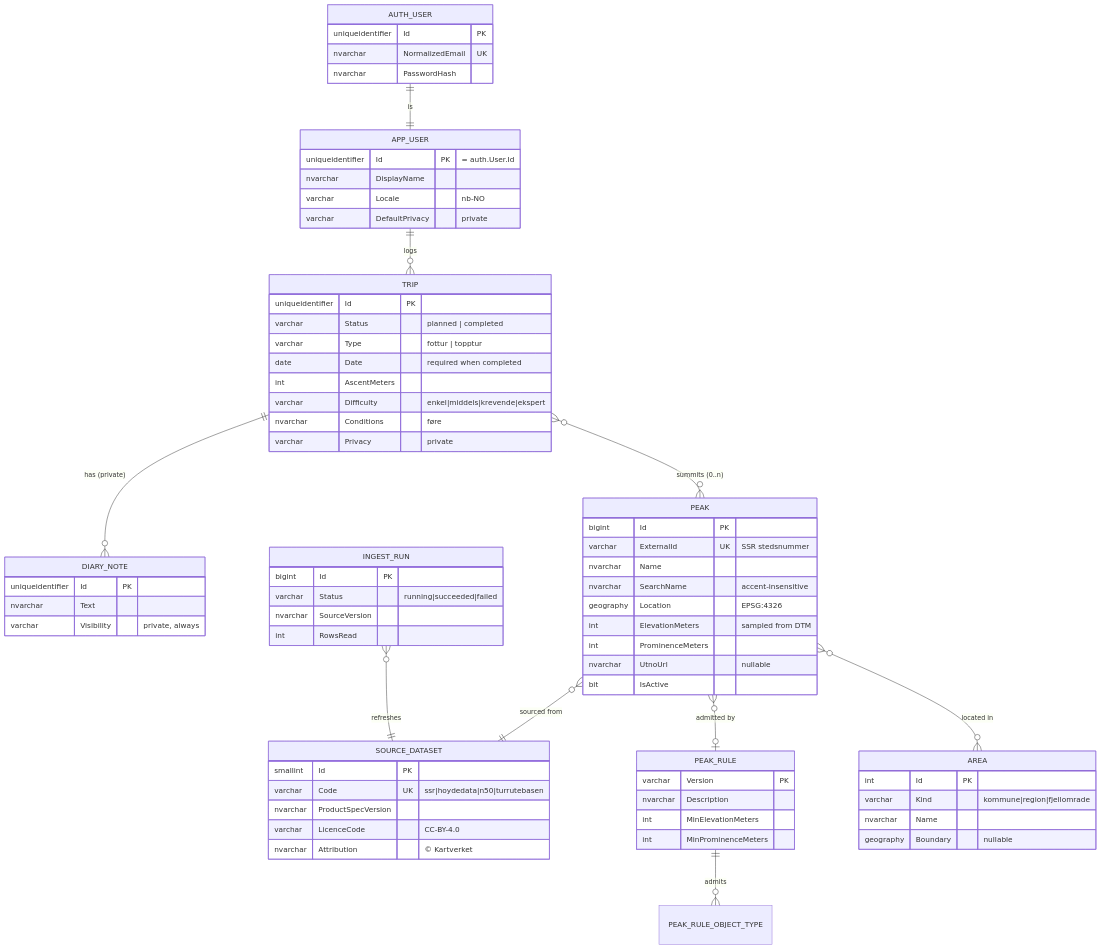
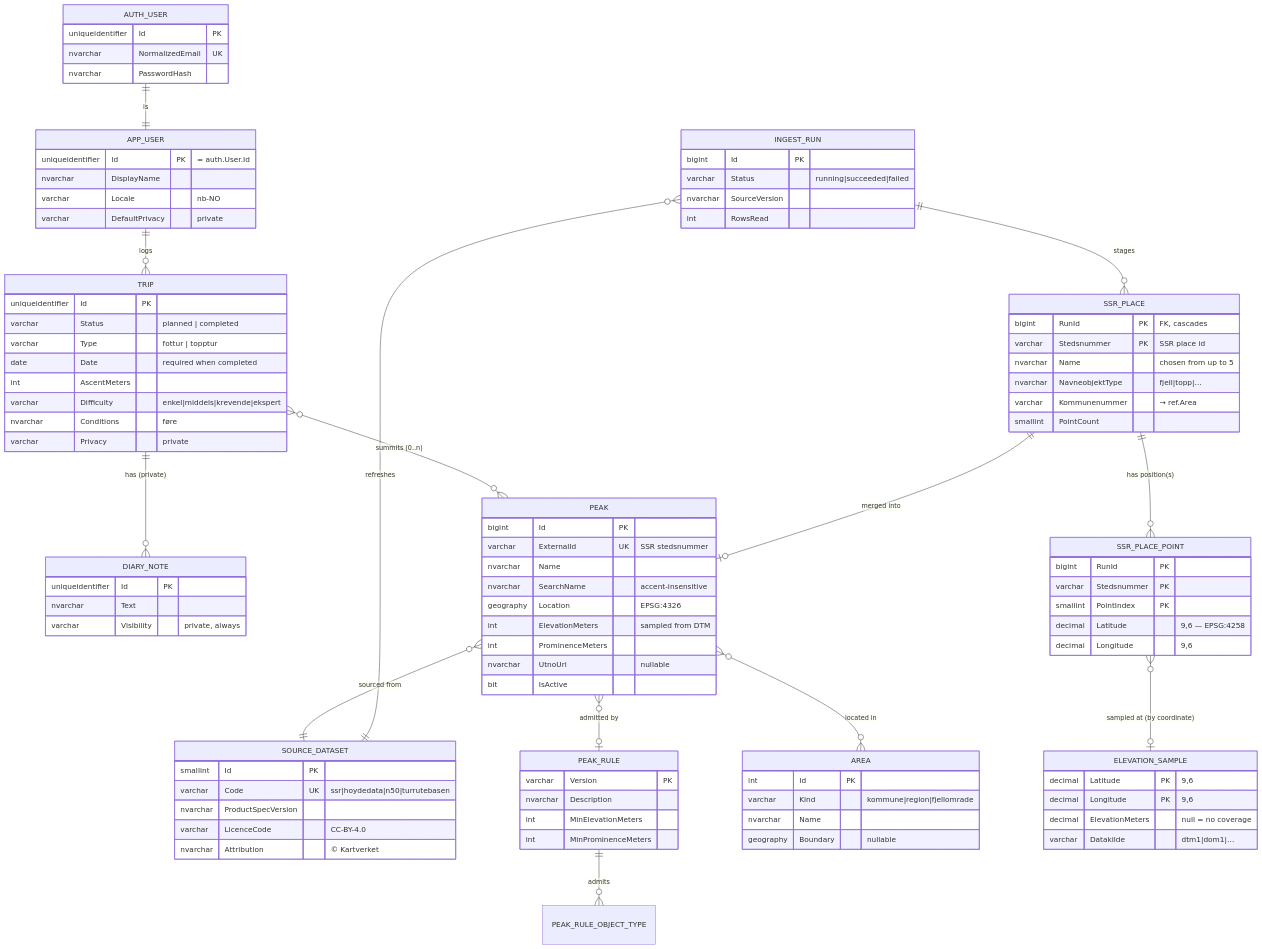
Before and after one commit to rekfar/database: the diagram in docs/data-model.md, drawn with Mermaid. The commit also changed other lines of this file and 7 other files, not shown here.

````diff
--- a/docs/data-model.md
+++ b/docs/data-model.md
@@ -19,6 +19,10 @@
     PEAK        }o--o{ AREA          : "located in"
     PEAK_RULE   ||--o{ PEAK_RULE_OBJECT_TYPE : admits
     INGEST_RUN  }o--|| SOURCE_DATASET : refreshes
+    INGEST_RUN  ||--o{ SSR_PLACE      : stages
+    SSR_PLACE   ||--o{ SSR_PLACE_POINT : "has position(s)"
+    SSR_PLACE   ||--o| PEAK           : "merged into"
+    SSR_PLACE_POINT }o--o| ELEVATION_SAMPLE : "sampled at (by coordinate)"
 
     AUTH_USER {
         uniqueidentifier Id PK
@@ -82,4 +86,25 @@
         nvarchar SourceVersion
         int RowsRead
     }
+    SSR_PLACE {
+        bigint RunId PK "FK, cascades"
+        varchar Stedsnummer PK "SSR place id"
+        nvarchar Name "chosen from up to 5"
+        nvarchar NavneobjektType "fjell|topp|…"
+        varchar Kommunenummer "→ ref.Area"
+        smallint PointCount
+    }
+    SSR_PLACE_POINT {
+        bigint RunId PK
+        varchar Stedsnummer PK
+        smallint PointIndex PK
+        decimal Latitude "9,6 — EPSG:4258"
+        decimal Longitude "9,6"
+    }
+    ELEVATION_SAMPLE {
+        decimal Latitude PK "9,6"
+        decimal Longitude PK "9,6"
+        decimal ElevationMeters "null = no coverage"
+        varchar Datakilde "dtm1|dom1|…"
+    }
 ```
````
